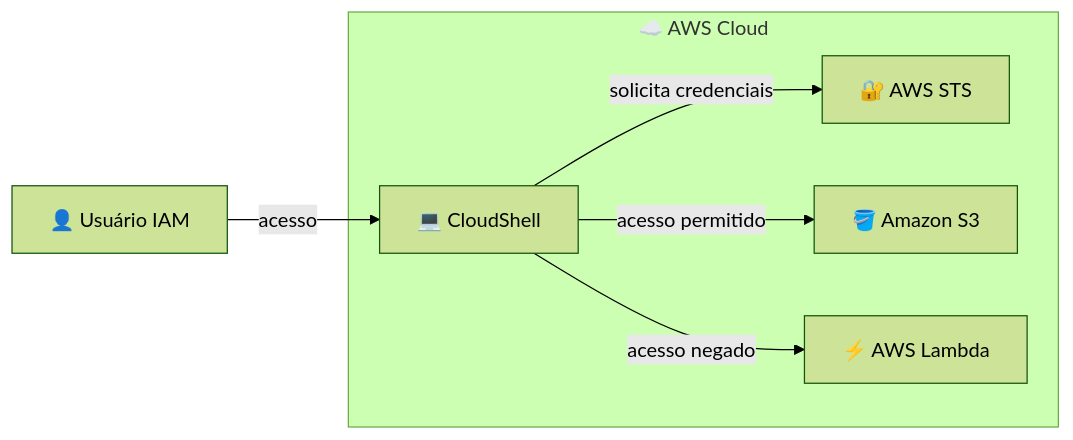
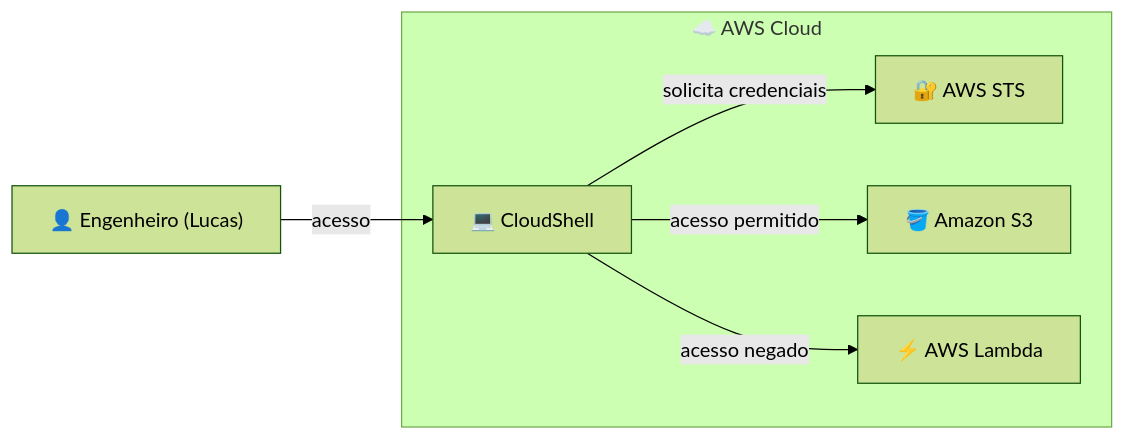
The diagram in Mandatory Labs/Lab 02 - Laboratorio AWS Security Token Service (STS)/Lab 02 - Laboratorio AWS Security Token Service (STS).md (lbarretto/aws-sa-associate-labs), drawn with Mermaid (forest theme) before and after one commit. The commit also changed other lines of this file and 28 other files, not shown here.

````diff
--- a/Mandatory Labs/Lab 02 - Laboratorio AWS Security Token Service (STS)/Lab 02 - Laboratorio AWS Security Token Service (STS).md
+++ b/Mandatory Labs/Lab 02 - Laboratorio AWS Security Token Service (STS)/Lab 02 - Laboratorio AWS Security Token Service (STS).md
@@ -69,14 +69,14 @@
 ```mermaid
 flowchart LR
-    U["👤 Usuário IAM"] -->|acesso| C["💻 CloudShell"]
+    U["👤 Engenheiro (Lucas)"] -->|acesso| C["💻 CloudShell"]
     C -->|solicita credenciais| S["🔐 AWS STS"]
     C -->|acesso permitido| B["🪣 Amazon S3"]
     C -->|acesso negado| L["⚡ AWS Lambda"]
 
     subgraph AWS["☁️ AWS Cloud"]
         C
         S
         B
         L
     end
 ```
````
